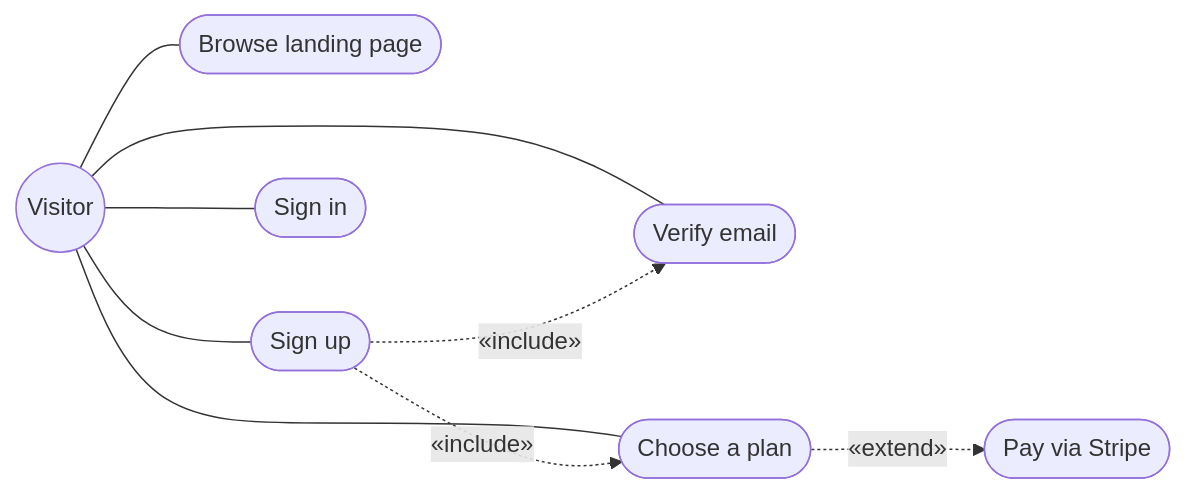
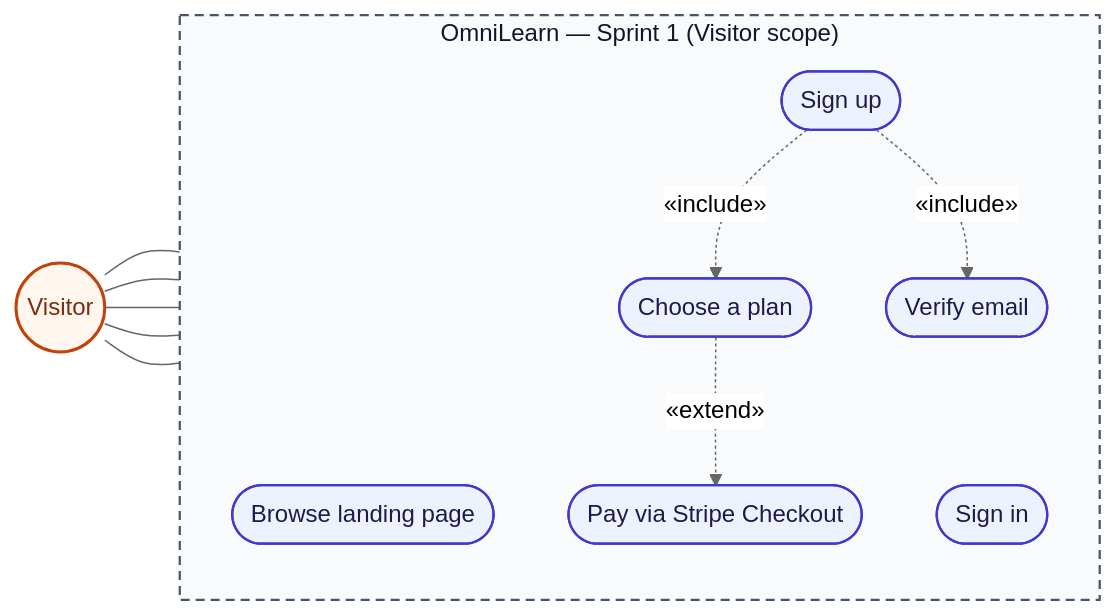
The first of 11 diagrams in docs/05_chapitre3_sprint1.md (MaizaAymen/OmniLearn), drawn with Mermaid before and after one commit. The commit also changed other lines of this file and 3 other files, not shown here.

````diff
--- a/docs/05_chapitre3_sprint1.md
+++ b/docs/05_chapitre3_sprint1.md
@@ -70,19 +70,29 @@
 ```mermaid
+%%{init: {"theme":"neutral"} }%%
 flowchart LR
-  Visitor((Visitor))
-  UC1(["Browse landing page"])
-  UC2(["Sign up"])
-  UC3(["Verify email"])
-  UC4(["Choose a plan"])
-  UC5(["Sign in"])
-  UC6(["Pay via Stripe"])
+  classDef actor fill:#fff7ed,stroke:#c2410c,stroke-width:2px,color:#7c2d12
+  classDef uc    fill:#eef2ff,stroke:#4338ca,stroke-width:1.5px,color:#1e1b4b
+  classDef sys   fill:#f8fafc,stroke:#475569,stroke-width:1.5px,stroke-dasharray:6 4,color:#0f172a
+
+  Visitor((Visitor)):::actor
+
+  subgraph S["OmniLearn — Sprint 1 (Visitor scope)"]
+    direction TB
+    UC1(["Browse landing page"]):::uc
+    UC2(["Sign up"]):::uc
+    UC3(["Verify email"]):::uc
+    UC4(["Choose a plan"]):::uc
+    UC5(["Sign in"]):::uc
+    UC6(["Pay via Stripe Checkout"]):::uc
+  end
+  class S sys
 
   Visitor --- UC1
   Visitor --- UC2
   Visitor --- UC3
   Visitor --- UC4
   Visitor --- UC5
-  UC2 -. "&laquo;include&raquo;" .-> UC4
-  UC2 -. "&laquo;include&raquo;" .-> UC3
-  UC4 -. "&laquo;extend&raquo;" .-> UC6
+  UC2 -. "«include»" .-> UC4
+  UC2 -. "«include»" .-> UC3
+  UC4 -. "«extend»"  .-> UC6
 ```
````
